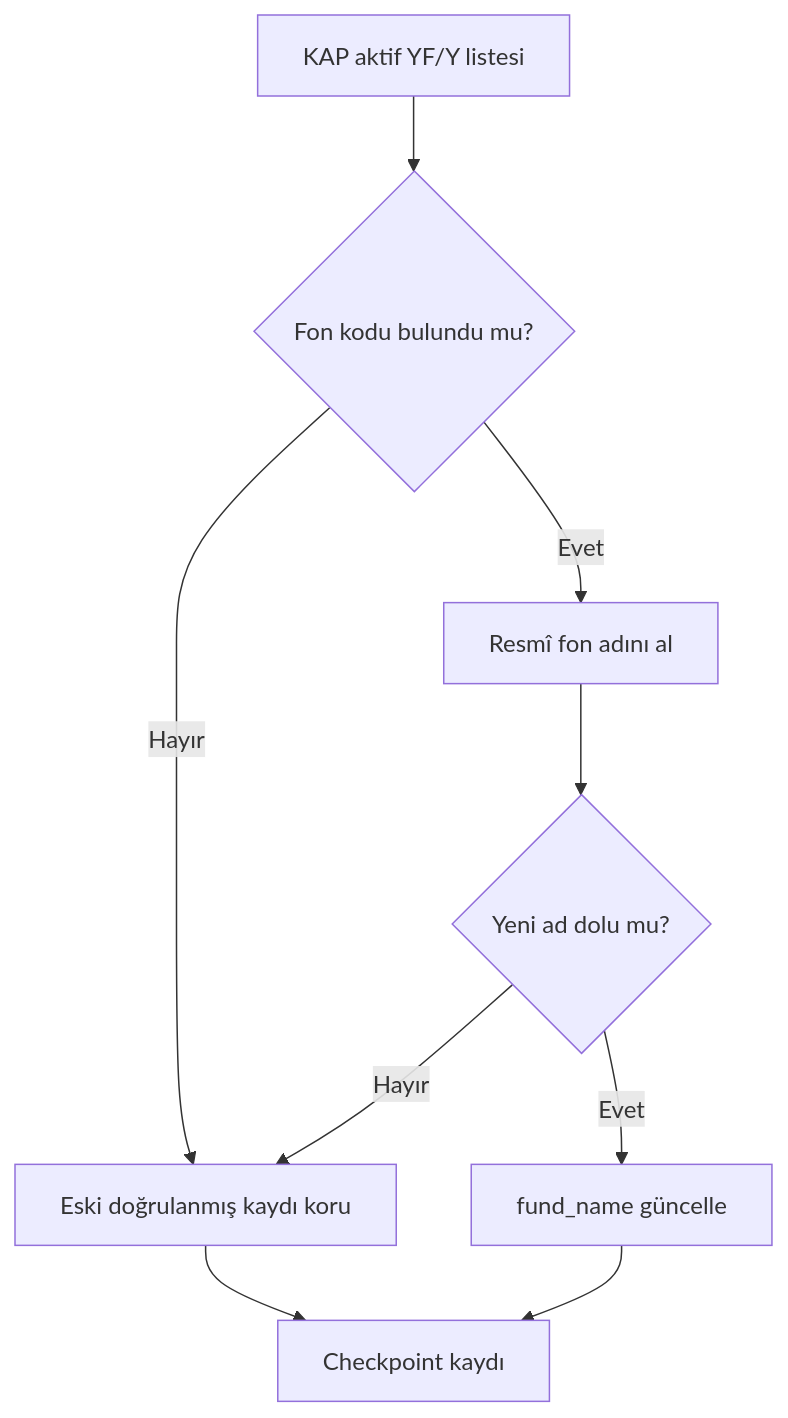
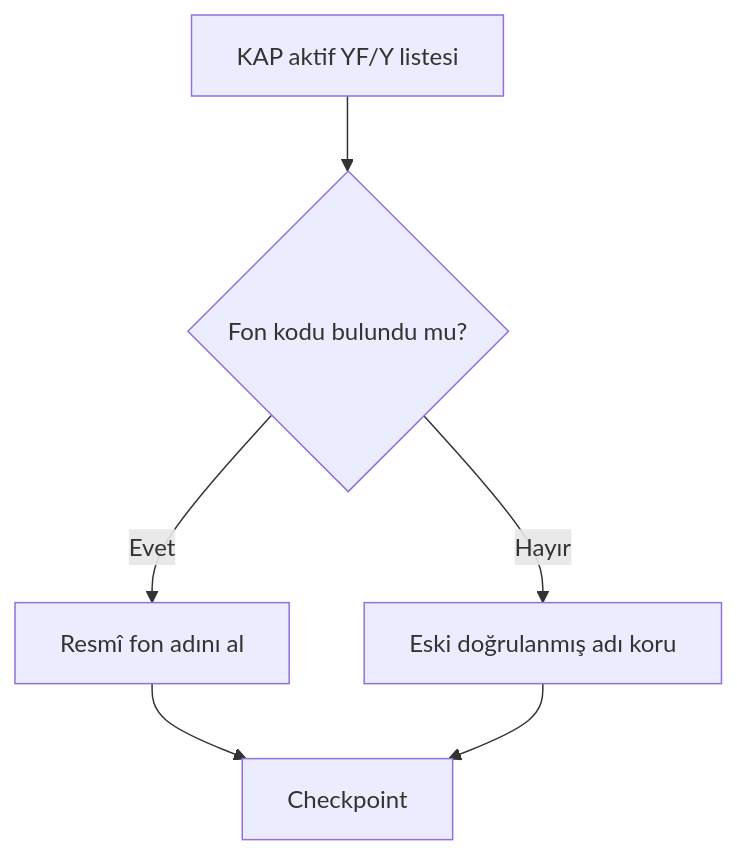
Before and after one commit to egemenkarabulut/PiyasaNabzi-KAP-YAT: the fourth of 19 diagrams in README.md, drawn with Mermaid. The commit also changed other lines of this file and 8 other files, not shown here.

````diff
--- a/README.md
+++ b/README.md
@@ -128,11 +155,8 @@
 ```mermaid
 flowchart TD
     A["KAP aktif YF/Y listesi"] --> B{"Fon kodu bulundu mu?"}
     B -- "Evet" --> C["Resmî fon adını al"]
-    B -- "Hayır" --> D["Eski doğrulanmış kaydı koru"]
-    C --> E{"Yeni ad dolu mu?"}
-    E -- "Evet" --> F["fund_name güncelle"]
-    E -- "Hayır" --> D
-    D --> G["Checkpoint kaydı"]
-    F --> G
+    B -- "Hayır" --> D["Eski doğrulanmış adı koru"]
+    C --> E["Checkpoint"]
+    D --> E
 ```
````
